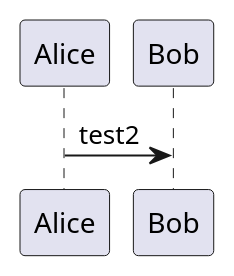
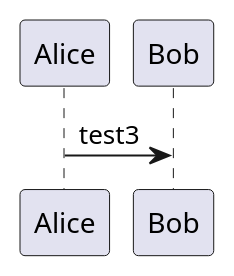
One commit to jborkows/gcp changed the diagram in umls/example.puml. Above: the diagram before and after it, drawn with PlantUML.

Commit message:
moving into artifact repository part 1 - test

```diff
--- a/umls/example.puml
+++ b/umls/example.puml
@@ -1,3 +1,3 @@
 @startuml Basic
- Alice -> Bob: test2
+ Alice -> Bob: test3
  @enduml
```
